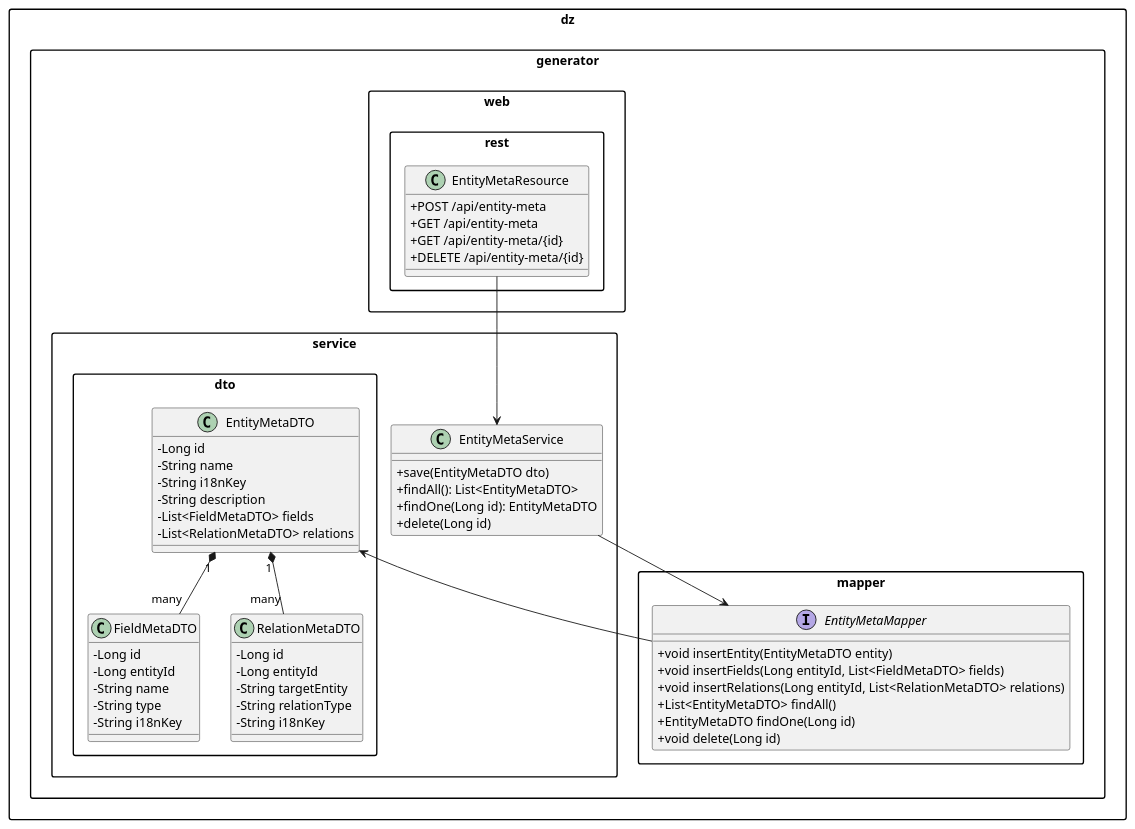
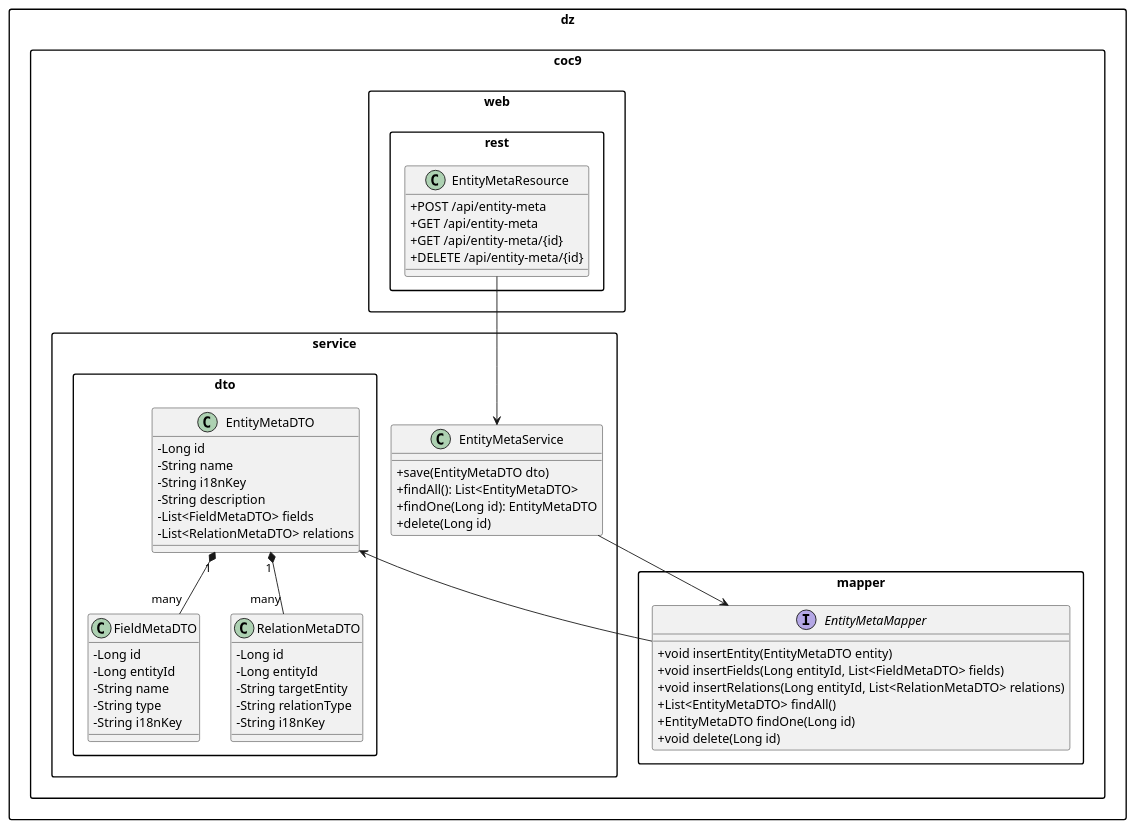
One commit to charik28/coc_9 changed the diagram in main/src/main/java/dz/uml/erd.puml. Above: the diagram before and after it, drawn with PlantUML. The commit also changed 169 other files, not shown here.

```diff
--- a/main/src/main/java/dz/uml/erd.puml
+++ b/main/src/main/java/dz/uml/erd.puml
@@ -1,67 +1,67 @@
 @startuml
 skinparam packageStyle rectangle
 skinparam classAttributeIconSize 0
 
-package "dz.generator.service.dto" {
+package "dz.coc9.service.dto" {
     class EntityMetaDTO {
         - Long id
         - String name
         - String i18nKey
         - String description
         - List<FieldMetaDTO> fields
         - List<RelationMetaDTO> relations
     }
 
     class FieldMetaDTO {
         - Long id
         - Long entityId
         - String name
         - String type
         - String i18nKey
     }
 
     class RelationMetaDTO {
         - Long id
         - Long entityId
         - String targetEntity
         - String relationType
         - String i18nKey
     }
 
     EntityMetaDTO "1" *-- "many" FieldMetaDTO
     EntityMetaDTO "1" *-- "many" RelationMetaDTO
 }
 
-package "dz.generator.mapper" {
+package "dz.coc9.mapper" {
     interface EntityMetaMapper {
         + void insertEntity(EntityMetaDTO entity)
         + void insertFields(Long entityId, List<FieldMetaDTO> fields)
         + void insertRelations(Long entityId, List<RelationMetaDTO> relations)
         + List<EntityMetaDTO> findAll()
         + EntityMetaDTO findOne(Long id)
         + void delete(Long id)
     }
 }
 
-package "dz.generator.service" {
+package "dz.coc9.service" {
     class EntityMetaService {
         + save(EntityMetaDTO dto)
         + findAll(): List<EntityMetaDTO>
         + findOne(Long id): EntityMetaDTO
         + delete(Long id)
     }
 }
 
-package "dz.generator.web.rest" {
+package "dz.coc9.web.rest" {
     class EntityMetaResource {
         + POST /api/entity-meta
         + GET /api/entity-meta
         + GET /api/entity-meta/{id}
         + DELETE /api/entity-meta/{id}
     }
 }
 
 EntityMetaMapper --> EntityMetaDTO
 EntityMetaService --> EntityMetaMapper
 EntityMetaResource --> EntityMetaService
 @enduml
```
